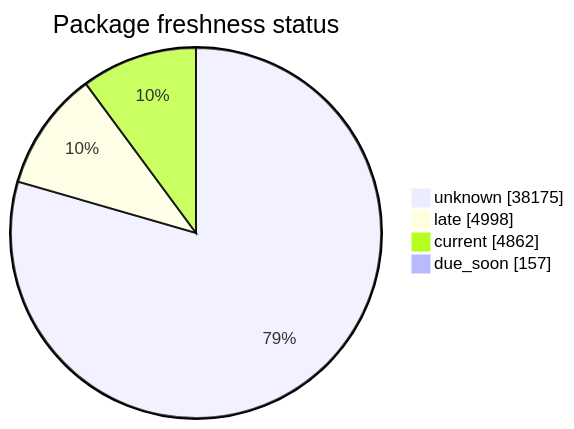
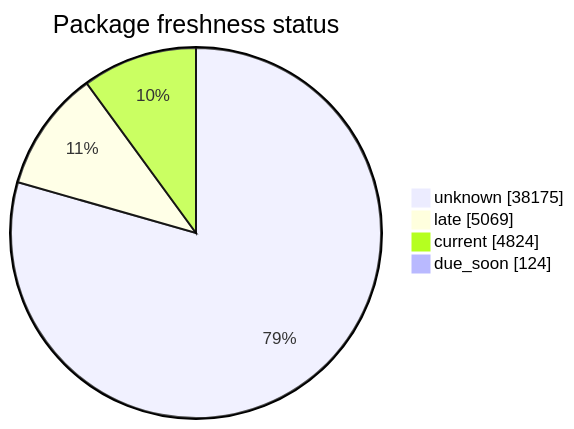
The second of 5 diagrams in FreshCheck/README.md (open-data/analytics-corporate-reporting), drawn with Mermaid before and after one commit. The commit also changed other lines of this file and 3 other files, not shown here.

````diff
--- a/FreshCheck/README.md
+++ b/FreshCheck/README.md
@@ -68,7 +68,7 @@
 ```mermaid
 pie showData title Package freshness status
     "unknown": 38175
-    "late": 4998
-    "current": 4862
-    "due_soon": 157
+    "late": 5069
+    "current": 4824
+    "due_soon": 124
 ```
````
